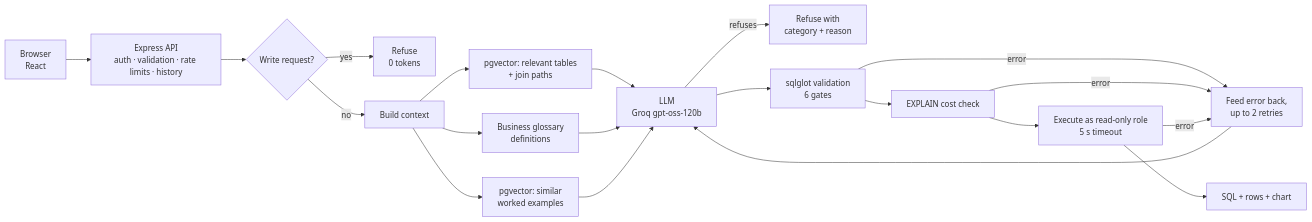
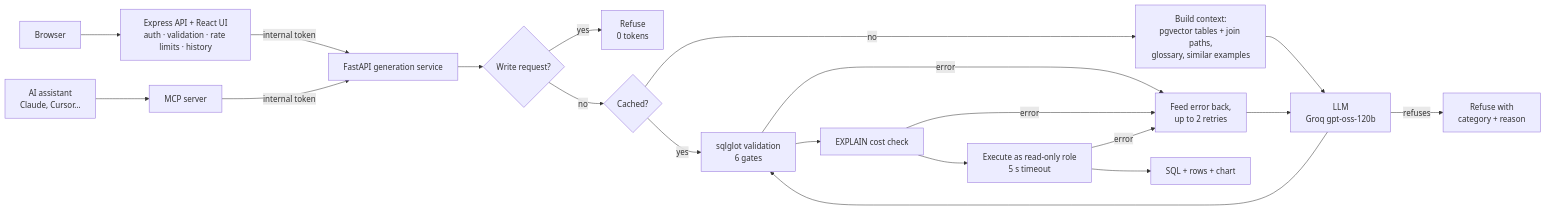
Before and after one commit to aaryanrana01/textTosql: the diagram in README.md, drawn with Mermaid. The commit also changed other lines of this file and 1 other file, not shown here.

Commit message:
Docs: README and RESULTS updated after Phases 9-11 and 13 (live link, deployment, caching, tracing, CI, MCP)

````diff
--- a/README.md
+++ b/README.md
@@ -50,17 +55,19 @@
 ```mermaid
 flowchart LR
-    U[Browser<br/>React] --> X[Express API<br/>auth · validation · rate limits · history]
-    X --> G{Write request?}
-    G -- yes --> RF[Refuse<br/>0 tokens]
-    G -- no --> C[Build context]
-    C --> C1[pgvector: relevant tables<br/>+ join paths]
-    C --> C2[Business glossary<br/>definitions]
-    C --> C3[pgvector: similar<br/>worked examples]
-    C1 & C2 & C3 --> L[LLM<br/>Groq gpt-oss-120b]
+    U[Browser] --> X[Express API + React UI<br/>auth · validation · rate limits · history]
+    M[AI assistant<br/>Claude, Cursor…] --> MS[MCP server]
+    X -- internal token --> G
+    MS -- internal token --> G
+    G[FastAPI generation service] --> I{Write request?}
+    I -- yes --> RF[Refuse<br/>0 tokens]
+    I -- no --> C{Cached?}
+    C -- yes --> V
+    C -- no --> CTX[Build context:<br/>pgvector tables + join paths,<br/>glossary, similar examples]
+    CTX --> L[LLM<br/>Groq gpt-oss-120b]
     L -- refuses --> RF2[Refuse with<br/>category + reason]
     L --> V[sqlglot validation<br/>6 gates]
     V --> K[EXPLAIN cost check]
     K --> E[Execute as read-only role<br/>5 s timeout]
     V & K & E -- error --> F[Feed error back,<br/>up to 2 retries] --> L
     E --> A[SQL + rows + chart]
 ```
````
